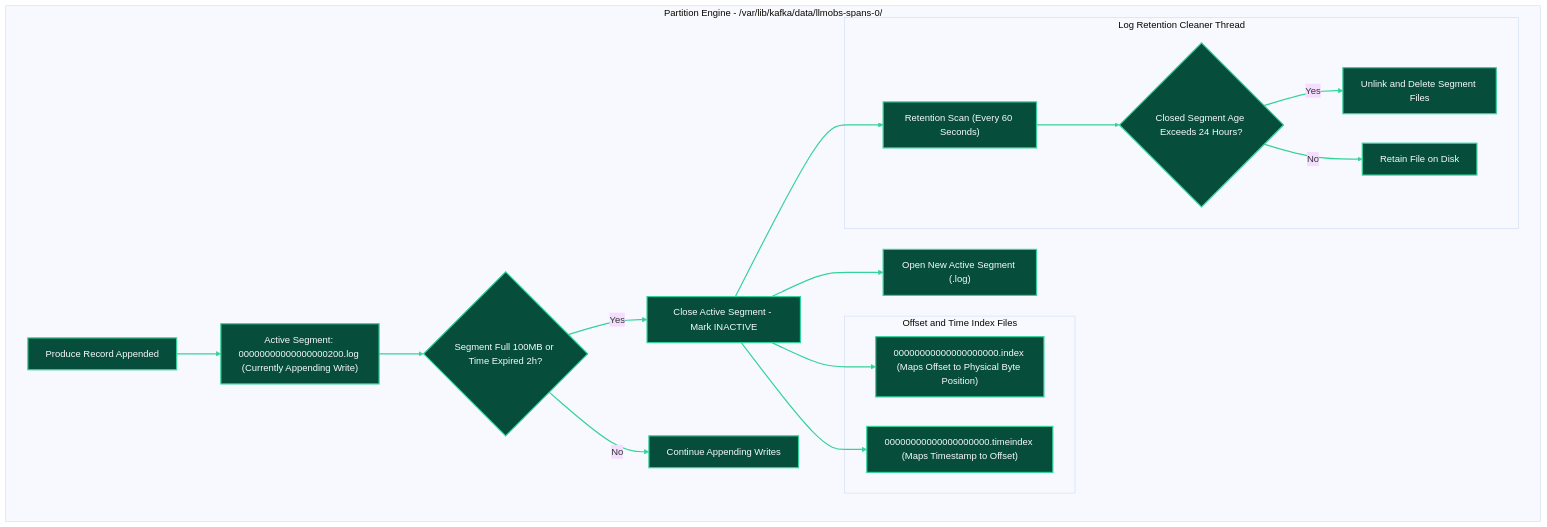
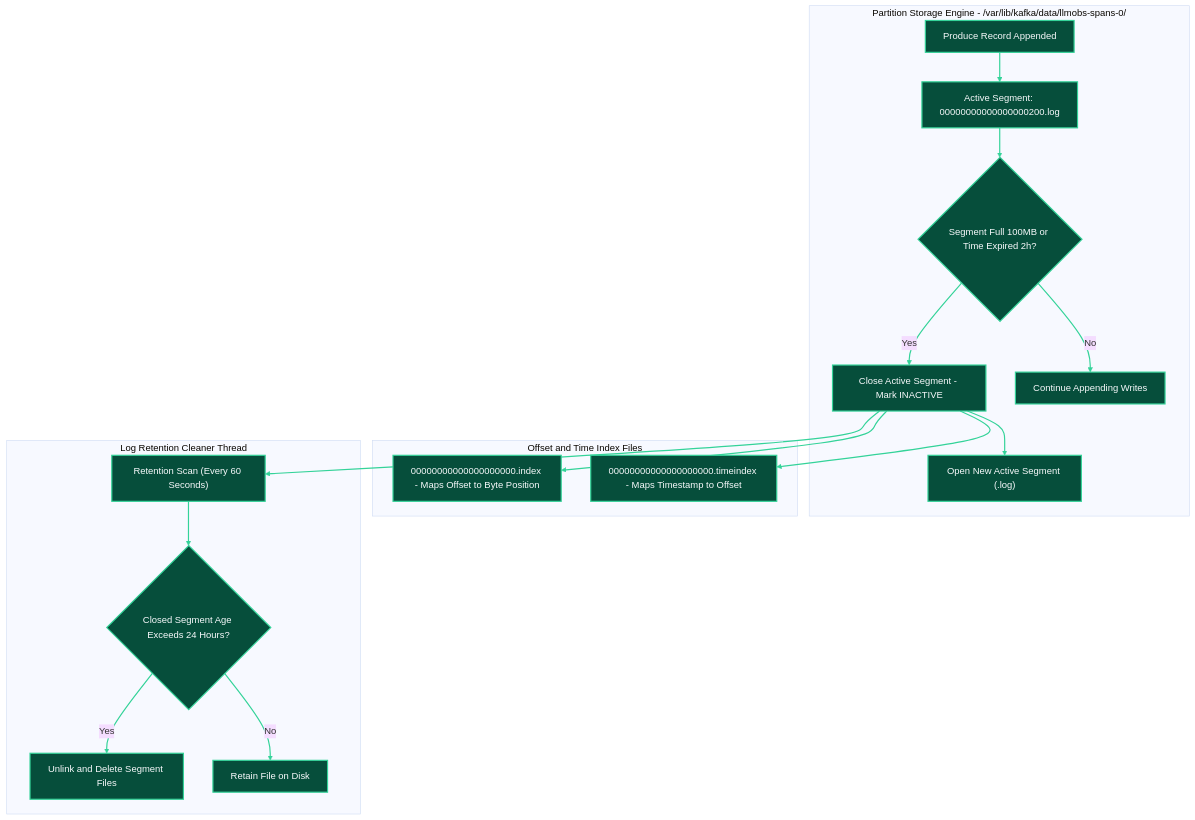
One commit to Chief-Strategist-J/llm-obs-infra changed diagram 16 of 24 in docs/configDoc/kafka-configuration-guide.md. Above: the diagram before and after it, drawn with Mermaid (base theme). The commit also changed other lines of this file, not shown here.

Commit message:
fix(kafka-docs): flatten all nested subgraphs across architecture guide to eliminate Dagre layout distance rendering errors on GitHub

````diff
--- a/docs/configDoc/kafka-configuration-guide.md
+++ b/docs/configDoc/kafka-configuration-guide.md
@@ -1324,42 +1322,40 @@
 ```mermaid
 graph TB
-    subgraph PartitionDirectoryEngine ["Partition Engine - /var/lib/kafka/data/llmobs-spans-0/"]
-        WriteOp["Produce Record Appended"] --> ActiveSegment["Active Segment: 00000000000000000200.log (Currently Appending Write)"]
-
+    subgraph PartitionDirectoryEngine ["Partition Storage Engine - /var/lib/kafka/data/llmobs-spans-0/"]
+        WriteOp["Produce Record Appended"] --> ActiveSegment["Active Segment: 00000000000000000200.log"]
         ActiveSegment --> RollCondition{"Segment Full 100MB or Time Expired 2h?"}
         RollCondition -->|Yes| CloseSegment["Close Active Segment - Mark INACTIVE"]
         CloseSegment --> OpenNew["Open New Active Segment (.log)"]
         RollCondition -->|No| KeepWriting["Continue Appending Writes"]
+    end
 
-        subgraph IndexLookups ["Offset and Time Index Files"]
-            OffsetIndex["00000000000000000000.index (Maps Offset to Physical Byte Position)"]
-            TimeIndex["00000000000000000000.timeindex (Maps Timestamp to Offset)"]
-        end
+    subgraph IndexLookups ["Offset and Time Index Files"]
+        OffsetIndex["00000000000000000000.index - Maps Offset to Byte Position"]
+        TimeIndex["00000000000000000000.timeindex - Maps Timestamp to Offset"]
+    end
 
-        CloseSegment --> OffsetIndex
-        CloseSegment --> TimeIndex
+    subgraph LogRetentionCleaner ["Log Retention Cleaner Thread"]
+        CleanerScan["Retention Scan (Every 60 Seconds)"] --> RetentionCheck{"Closed Segment Age Exceeds 24 Hours?"}
+        RetentionCheck -->|Yes| UnlinkFile["Unlink and Delete Segment Files"]
+        RetentionCheck -->|No| RetainSegment["Retain File on Disk"]
+    end
 
-        subgraph LogRetentionCleaner ["Log Retention Cleaner Thread"]
-            CleanerScan["Retention Scan (Every 60 Seconds)"] --> RetentionCheck{"Closed Segment Age Exceeds 24 Hours?"}
-            RetentionCheck -->|Yes| UnlinkFile["Unlink and Delete Segment Files"]
-            RetentionCheck -->|No| RetainSegment["Retain File on Disk"]
-        end
-
-        CloseSegment --> CleanerScan
-    end
+    CloseSegment --> OffsetIndex
+    CloseSegment --> TimeIndex
+    CloseSegment --> CleanerScan
 
     style WriteOp fill:#064e3b,stroke:#34d399,stroke-width:2px,color:#f8fafc
     style ActiveSegment fill:#064e3b,stroke:#34d399,stroke-width:2px,color:#f8fafc
     style RollCondition fill:#064e3b,stroke:#34d399,stroke-width:2px,color:#f8fafc
     style CloseSegment fill:#064e3b,stroke:#34d399,stroke-width:2px,color:#f8fafc
     style OpenNew fill:#064e3b,stroke:#34d399,stroke-width:2px,color:#f8fafc
     style KeepWriting fill:#064e3b,stroke:#34d399,stroke-width:2px,color:#f8fafc
     style OffsetIndex fill:#064e3b,stroke:#34d399,stroke-width:2px,color:#f8fafc
     style TimeIndex fill:#064e3b,stroke:#34d399,stroke-width:2px,color:#f8fafc
     style CleanerScan fill:#064e3b,stroke:#34d399,stroke-width:2px,color:#f8fafc
     style RetentionCheck fill:#064e3b,stroke:#34d399,stroke-width:2px,color:#f8fafc
     style UnlinkFile fill:#064e3b,stroke:#34d399,stroke-width:2px,color:#f8fafc
     style RetainSegment fill:#064e3b,stroke:#34d399,stroke-width:2px,color:#f8fafc
 
     linkStyle 0,1,2,3,4,5,6,7,8,9,10 stroke:#34d399,stroke-width:2px;
 ```
````
